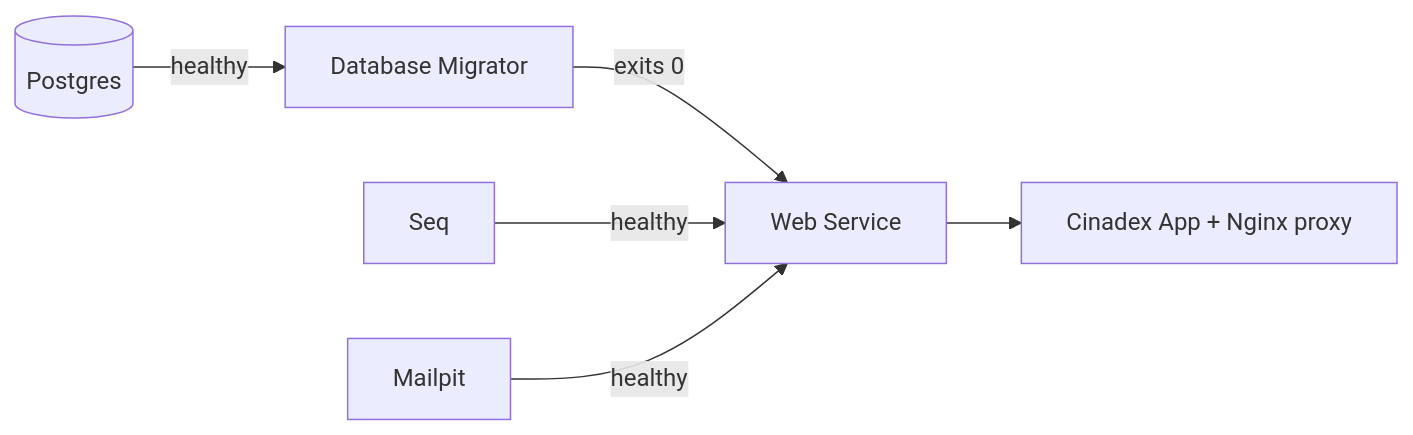
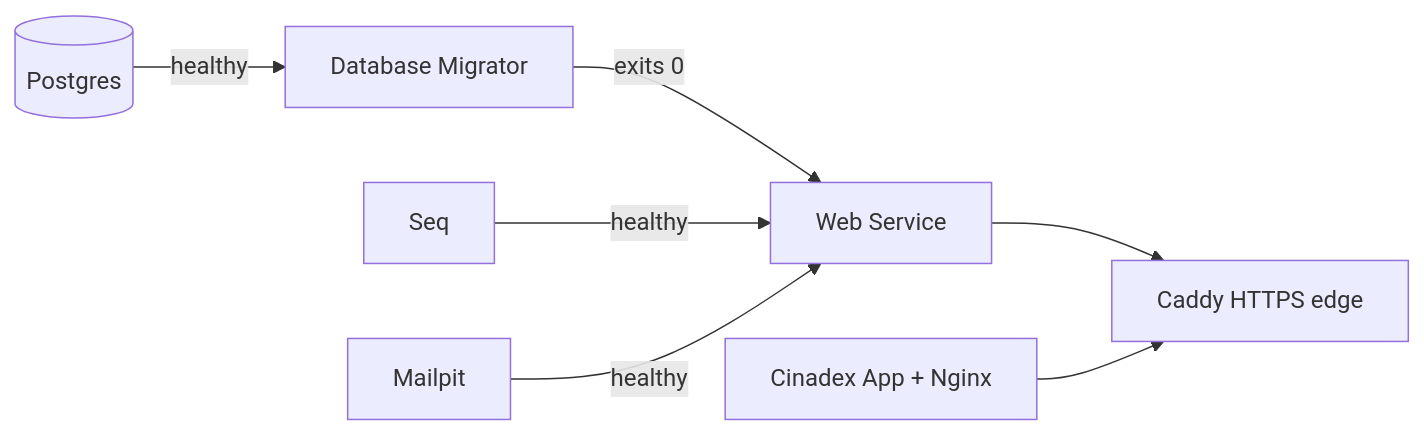
The diagram in docs/getting-started.md (felipedferreira/Cinedex), drawn with Mermaid before and after one commit. The commit also changed other lines of this file and 22 other files, not shown here.

````diff
--- a/docs/getting-started.md
+++ b/docs/getting-started.md
@@ -60,8 +60,9 @@
 ```mermaid
 flowchart LR
     PG[(Postgres)] -- healthy --> MIG[Database Migrator]
     MIG -- exits 0 --> WEB[Web Service]
     SEQ[Seq] -- healthy --> WEB
     MAIL[Mailpit] -- healthy --> WEB
-    WEB --> UI[Cinadex App + Nginx proxy]
+    WEB --> EDGE[Caddy HTTPS edge]
+    UI[Cinadex App + Nginx] --> EDGE
 ```
````
